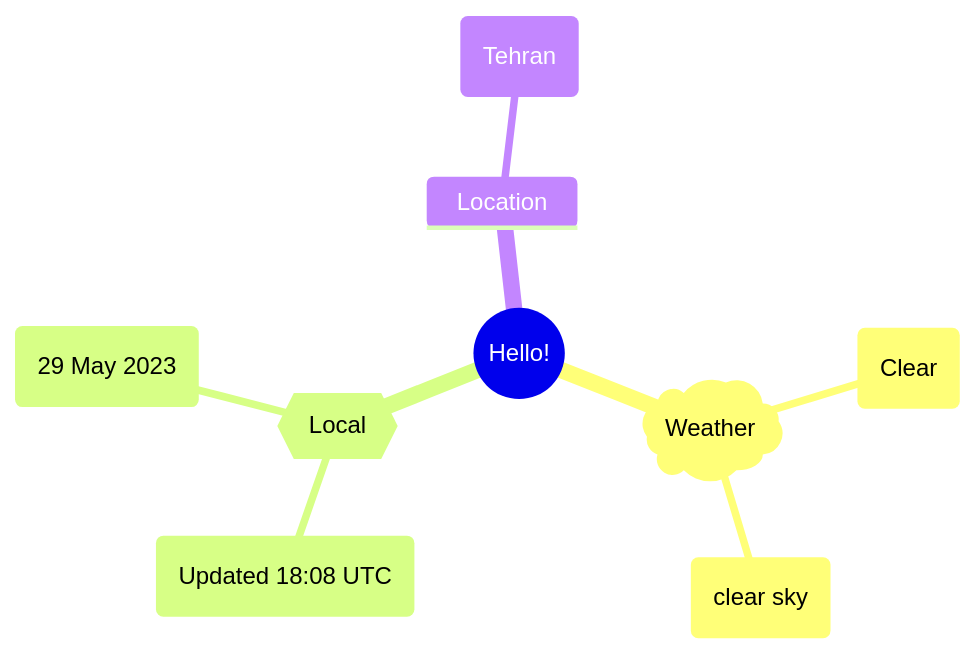
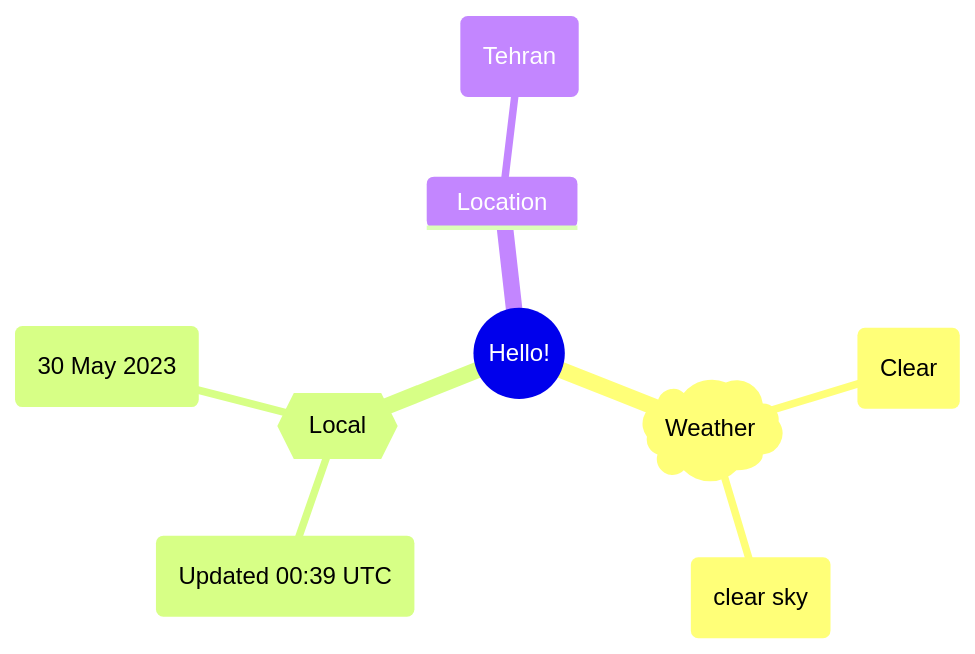
One commit to Xosrov/Xosrov changed the first of 2 diagrams in README.md. Above: the diagram before and after it, drawn with Mermaid.

Commit message:
[bot] updated images

````diff
--- a/README.md
+++ b/README.md
@@ -3,12 +3,12 @@
 ```mermaid
 mindmap
   root((Hello!))
     )Weather(
         (Clear)
         (clear sky)
     {{Local}}
-        (Updated 18:08 UTC)
-        (29 May 2023)
+        (Updated 00:39 UTC)
+        (30 May 2023)
     Location
         (Tehran)
 ```
````
